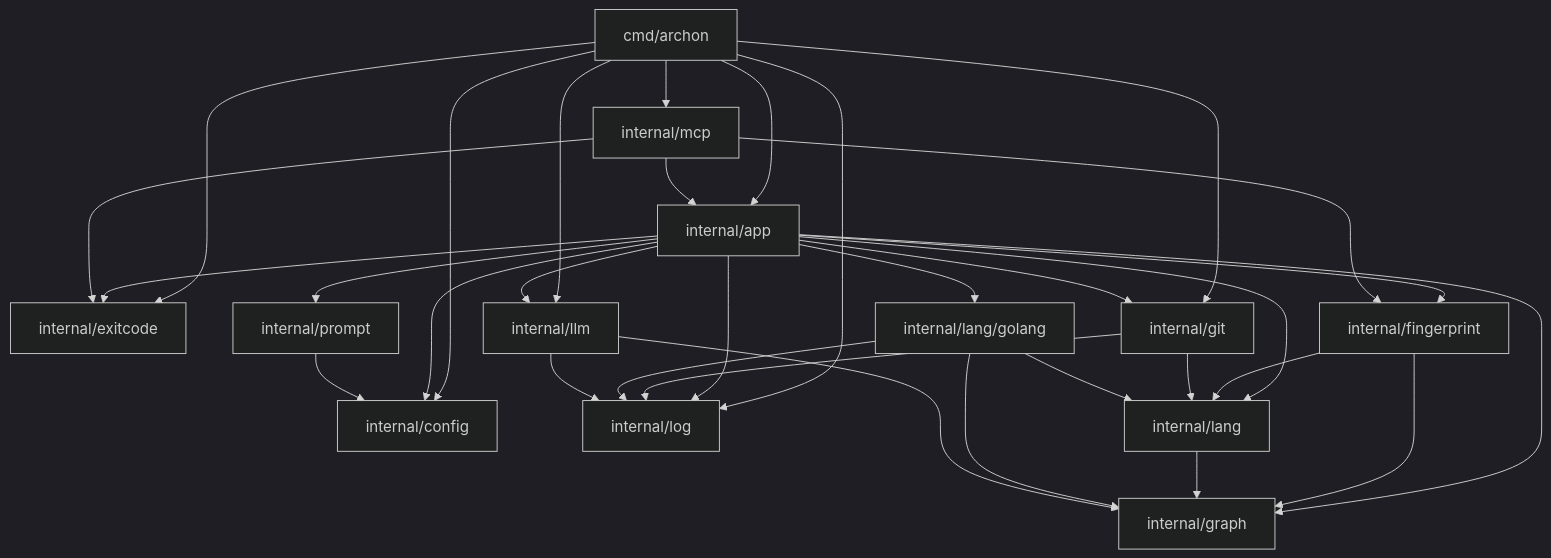
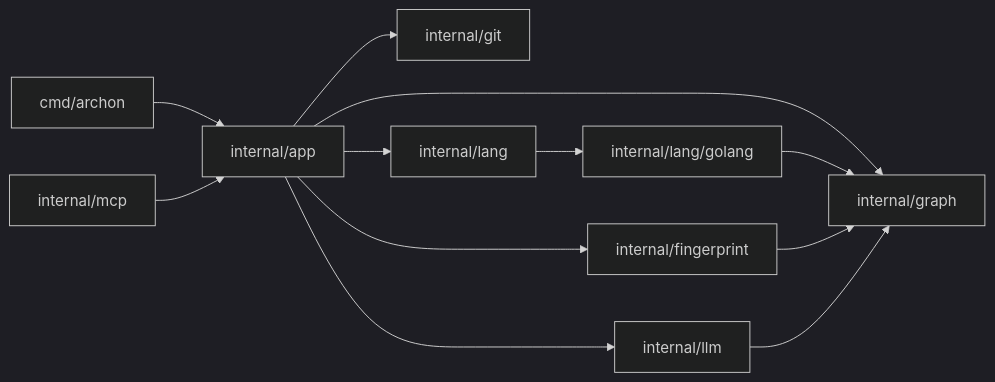
Before and after one commit to j75689/archon: the diagram in docs/WORKFLOW.md, drawn with Mermaid (dark theme). The commit also changed other lines of this file and 5 other files, not shown here.

Commit message:
refoctor(config): improve default prompt

````diff
--- a/docs/WORKFLOW.md
+++ b/docs/WORKFLOW.md
@@ -7,37 +7,14 @@
 ```mermaid
-graph TD
-    cmd_archon[cmd/archon] --> internal_app[internal/app]
-    cmd_archon --> internal_config[internal/config]
-    cmd_archon --> internal_exitcode[internal/exitcode]
-    cmd_archon --> internal_git[internal/git]
-    cmd_archon --> internal_llm[internal/llm]
-    cmd_archon --> internal_log[internal/log]
-    cmd_archon --> internal_mcp[internal/mcp]
-    
-    internal_app --> internal_config
-    internal_app --> internal_exitcode
-    internal_app --> internal_fingerprint[internal/fingerprint]
-    internal_app --> internal_git
-    internal_app --> internal_graph[internal/graph]
-    internal_app --> internal_lang[internal/lang]
-    internal_app --> internal_lang_golang[internal/lang/golang]
-    internal_app --> internal_llm
-    internal_app --> internal_log
-    internal_app --> internal_prompt[internal/prompt]
-    
-    internal_mcp --> internal_app
-    internal_mcp --> internal_exitcode
-    internal_mcp --> internal_fingerprint
-    
-    internal_fingerprint --> internal_graph
-    internal_fingerprint --> internal_lang
-    internal_git --> internal_lang
-    internal_git --> internal_log
-    internal_lang --> internal_graph
-    internal_lang_golang --> internal_graph
-    internal_lang_golang --> internal_lang
-    internal_lang_golang --> internal_log
-    internal_llm --> internal_graph
-    internal_llm --> internal_log
-    internal_prompt --> internal_config
+flowchart LR
+    CLI[cmd/archon] --> APP[internal/app]
+    MCP[internal/mcp] --> APP
+    APP --> GIT[internal/git]
+    APP --> LANG[internal/lang]
+    APP --> GRAPH[internal/graph]
+    APP --> LLM[internal/llm]
+    APP --> FINGERPRINT[internal/fingerprint]
+    LANG --> GOLANG[internal/lang/golang]
+    GOLANG --> GRAPH
+    FINGERPRINT --> GRAPH
+    LLM --> GRAPH
 ```
````
